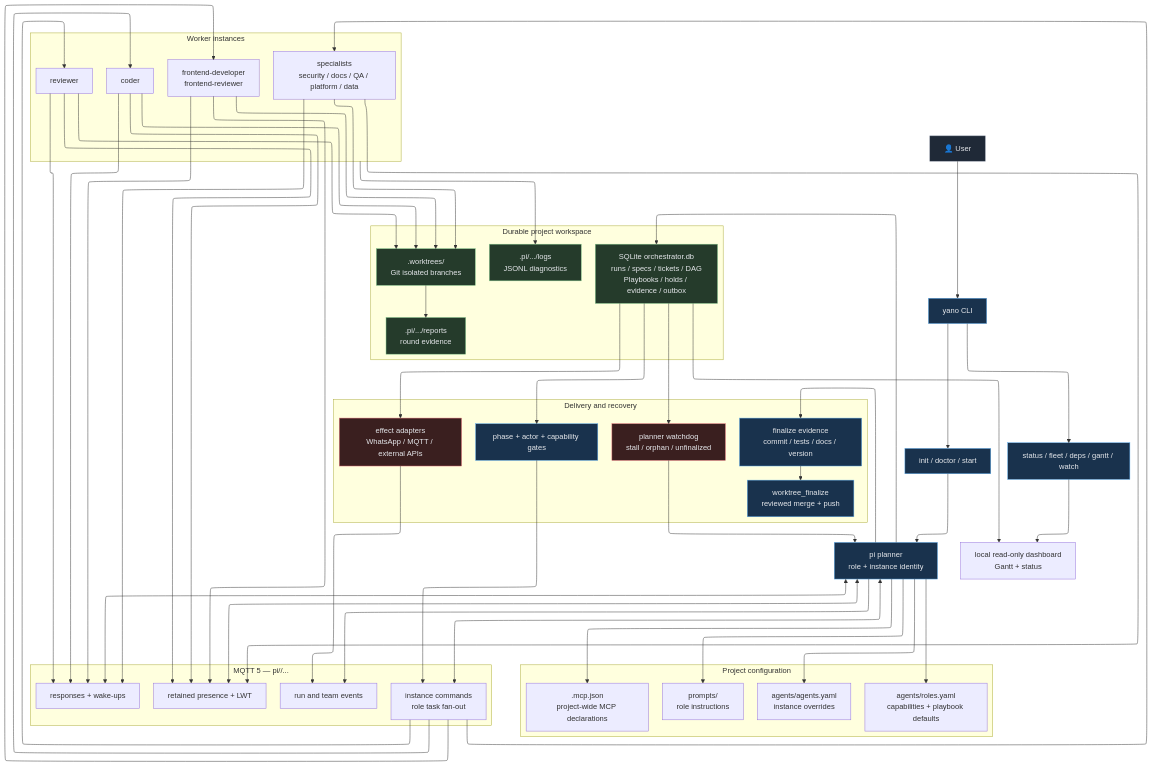
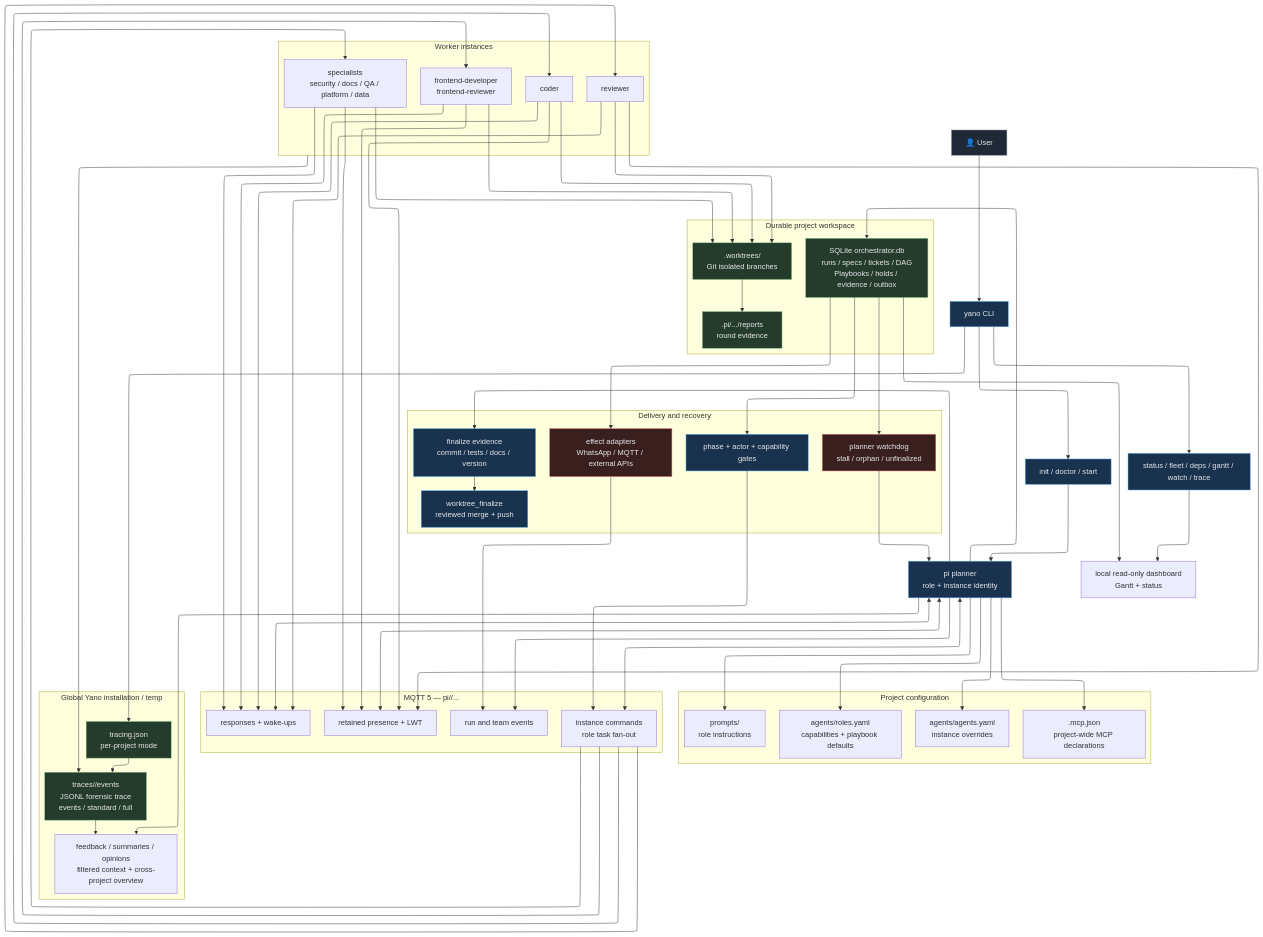
The diagram in docs/architecture.mmd (alessiobacin/yano-orchestrator), drawn with Mermaid before and after one commit. The commit also changed 27 other files, not shown here.

First line of the commit message:
feat: add Yano trace analysis CLI and storage functionality

```diff
--- a/docs/architecture.mmd
+++ b/docs/architecture.mmd
@@ -1,93 +1,102 @@
 %%{init: {"flowchart": {"defaultRenderer": "elk"}} }%%
 flowchart TD
     USER["👤 User"] --> CLI["yano CLI"]
     CLI --> INIT["init / doctor / start"]
-    CLI --> OBS["status / fleet / deps / gantt / watch"]
+    CLI --> OBS["status / fleet / deps / gantt / watch / trace"]
     INIT --> PLANNER["pi planner\nrole + instance identity"]
 
     subgraph CONFIG["Project configuration"]
         ROLES["agents/roles.yaml\ncapabilities + playbook defaults"]
         AGENTS["agents/agents.yaml\ninstance overrides"]
         PROMPTS["prompts/\nrole instructions"]
         MCP[".mcp.json\nproject-wide MCP declarations"]
     end
 
     PLANNER --> ROLES
     PLANNER --> AGENTS
     PLANNER --> PROMPTS
     PLANNER --> MCP
 
     subgraph BUS["MQTT 5 — pi/<project>/..."]
         PRESENCE["retained presence + LWT"]
         COMMANDS["instance commands\nrole task fan-out"]
         RESPONSES["responses + wake-ups"]
         EVENTS["run and team events"]
     end
 
     PLANNER <--> PRESENCE
     PLANNER <--> COMMANDS
     PLANNER <--> RESPONSES
     PLANNER --> EVENTS
 
     subgraph WORKERS["Worker instances"]
         CODER["coder"]
         REVIEWER["reviewer"]
         FRONTEND["frontend-developer\nfrontend-reviewer"]
         SPECIALISTS["specialists\nsecurity / docs / QA / platform / data"]
     end
 
     COMMANDS --> CODER
     COMMANDS --> REVIEWER
     COMMANDS --> FRONTEND
     COMMANDS --> SPECIALISTS
     CODER --> RESPONSES
     REVIEWER --> RESPONSES
     FRONTEND --> RESPONSES
     SPECIALISTS --> RESPONSES
     CODER --> PRESENCE
     REVIEWER --> PRESENCE
     FRONTEND --> PRESENCE
     SPECIALISTS --> PRESENCE
 
     subgraph STORAGE["Durable project workspace"]
         SQLITE["SQLite orchestrator.db\nruns / specs / tickets / DAG\nPlaybooks / holds / evidence / outbox"]
         WORKTREES[".worktrees/<slug>\nGit isolated branches"]
         REPORTS[".pi/.../reports\nround evidence"]
-        LOGS[".pi/.../logs\nJSONL diagnostics"]
+    end
+
+    subgraph GLOBAL_TRACE["Global Yano installation / temp"]
+        TRACE["traces/<project-key>/events\nJSONL forensic trace\nevents / standard / full"]
+        TRACE_ANALYSIS["feedback / summaries / opinions\nfiltered context + cross-project overview"]
+        TRACE_CONFIG["tracing.json\nper-project mode"]
     end
 
     PLANNER --> SQLITE
     CODER --> WORKTREES
     REVIEWER --> WORKTREES
     FRONTEND --> WORKTREES
     SPECIALISTS --> WORKTREES
     WORKTREES --> REPORTS
-    WORKERS --> LOGS
+    WORKERS --> TRACE
+    CLI --> TRACE_CONFIG
+    TRACE_CONFIG --> TRACE
+    TRACE --> TRACE_ANALYSIS
+    PLANNER --> TRACE_ANALYSIS
     SQLITE --> DASHBOARD["local read-only dashboard\nGantt + status"]
     OBS --> DASHBOARD
 
     subgraph DELIVERY["Delivery and recovery"]
         WATCHDOG["planner watchdog\nstall / orphan / unfinalized"]
         GATES["phase + actor + capability gates"]
         FINALIZE["finalize evidence\ncommit / tests / docs / version"]
         MERGE["worktree_finalize\nreviewed merge + push"]
         ADAPTERS["effect adapters\nWhatsApp / MQTT / external APIs"]
     end
 
     SQLITE --> WATCHDOG
     SQLITE --> GATES
     GATES --> COMMANDS
     WATCHDOG --> PLANNER
     PLANNER --> FINALIZE
     FINALIZE --> MERGE
     SQLITE --> ADAPTERS
     ADAPTERS --> EVENTS
 
     classDef user fill:#1f2937,stroke:#9ca3af,color:#e5e7eb
     classDef control fill:#19324d,stroke:#61afef,color:#e5e7eb
     classDef durable fill:#253b2b,stroke:#7ec488,color:#e5e7eb
     classDef risk fill:#3a1f1f,stroke:#e06c75,color:#e5e7eb
     class USER user
     class CLI,INIT,OBS,PLANNER,GATES,FINALIZE,MERGE control
-    class SQLITE,WORKTREES,REPORTS,LOGS durable
+    class SQLITE,WORKTREES,REPORTS,TRACE,TRACE_CONFIG durable
     class WATCHDOG,ADAPTERS risk
```
